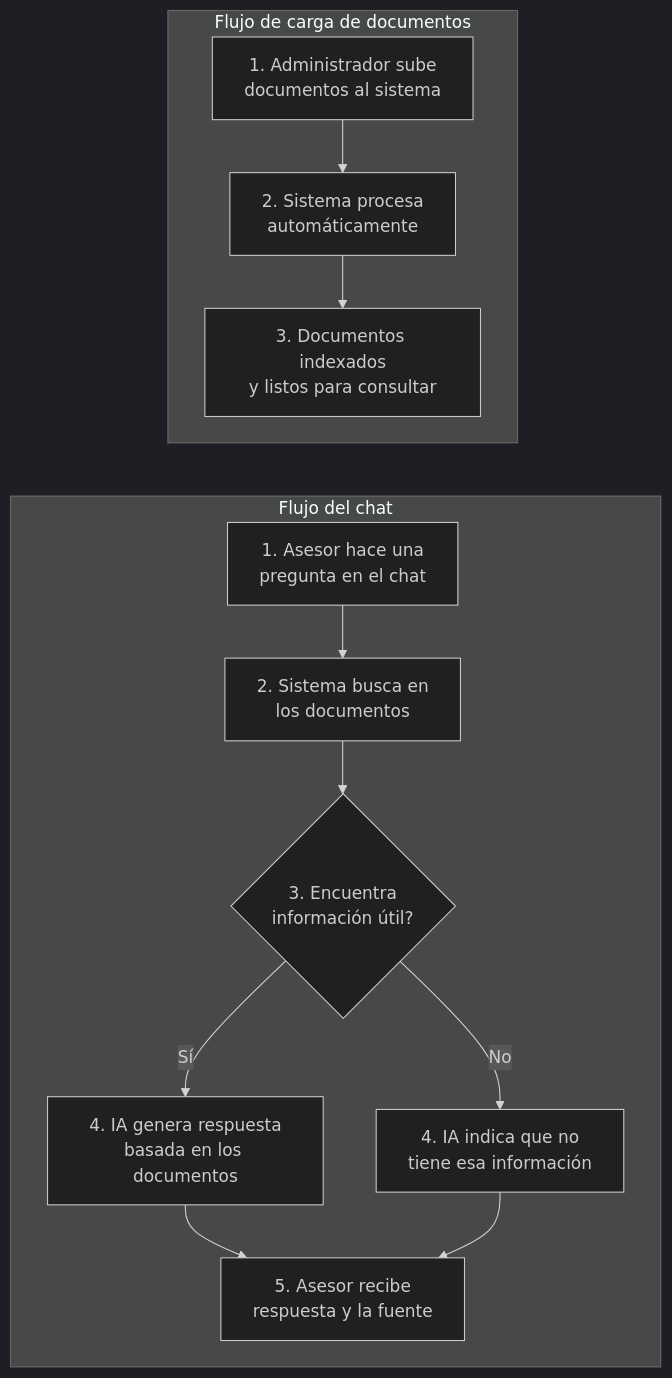
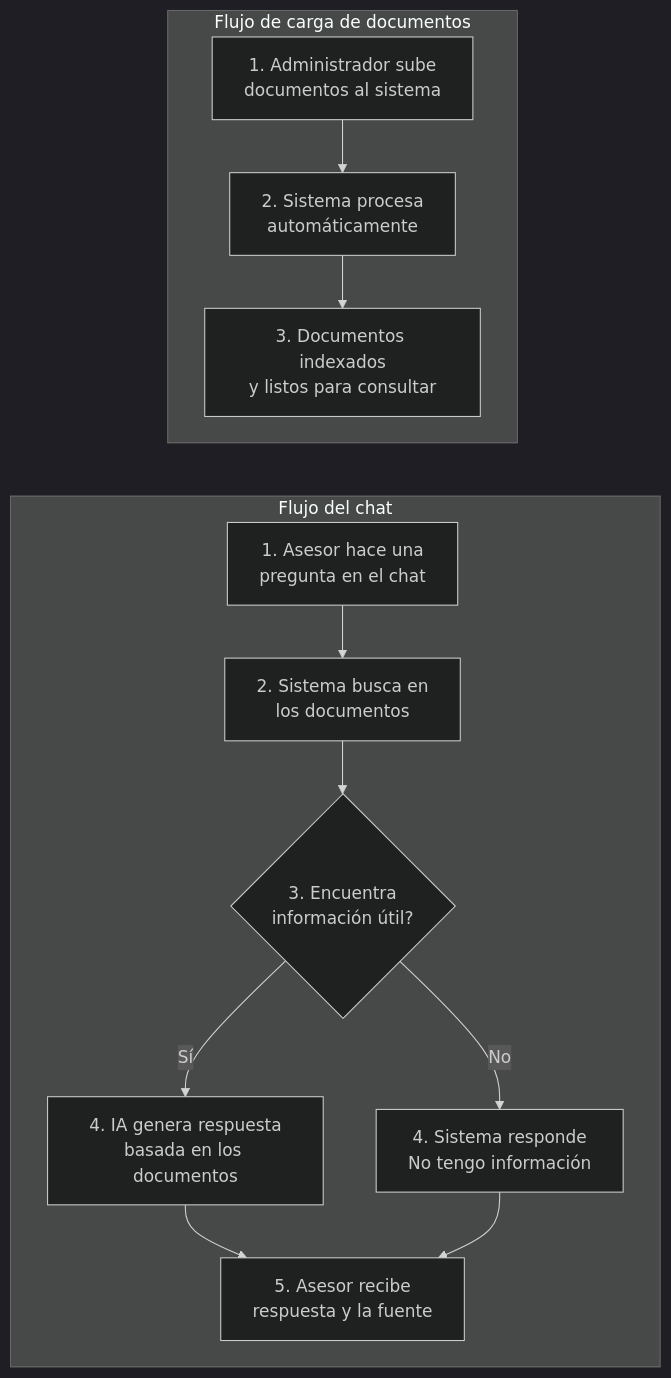
One commit to johnruedal96/capillas changed the third of 4 diagrams in docs/propuesta_tecnologica_final.md. Above: the diagram before and after it, drawn with Mermaid (dark theme). The commit also changed other lines of this file, not shown here.

````diff
--- a/docs/propuesta_tecnologica_final.md
+++ b/docs/propuesta_tecnologica_final.md
@@ -120,18 +120,18 @@
 ```mermaid
 flowchart TB
     subgraph CARGA["Flujo de carga de documentos"]
         A[1. Administrador sube<br/>documentos al sistema] --> B[2. Sistema procesa<br/>automáticamente]
         B --> C[3. Documentos indexados<br/>y listos para consultar]
     end
 
     subgraph CHAT["Flujo del chat"]
         D[1. Asesor hace una<br/>pregunta en el chat] --> E[2. Sistema busca en<br/>los documentos]
         E --> F{3. Encuentra<br/>información útil?}
         F -->|Sí| G[4. IA genera respuesta<br/>basada en los documentos]
-        F -->|No| H[4. IA indica que no<br/>tiene esa información]
+        F -->|No| H[4. Sistema responde<br/>No tengo información]
         G --> I[5. Asesor recibe<br/>respuesta y la fuente]
         H --> I
     end
 
     C ~~~ D
 ```
````
